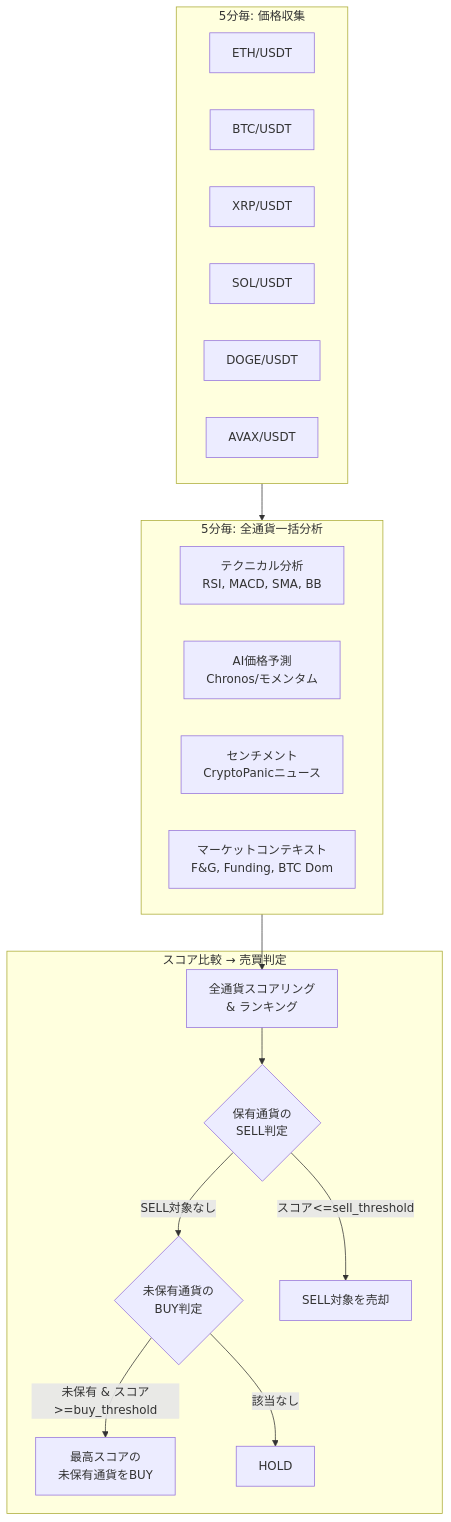
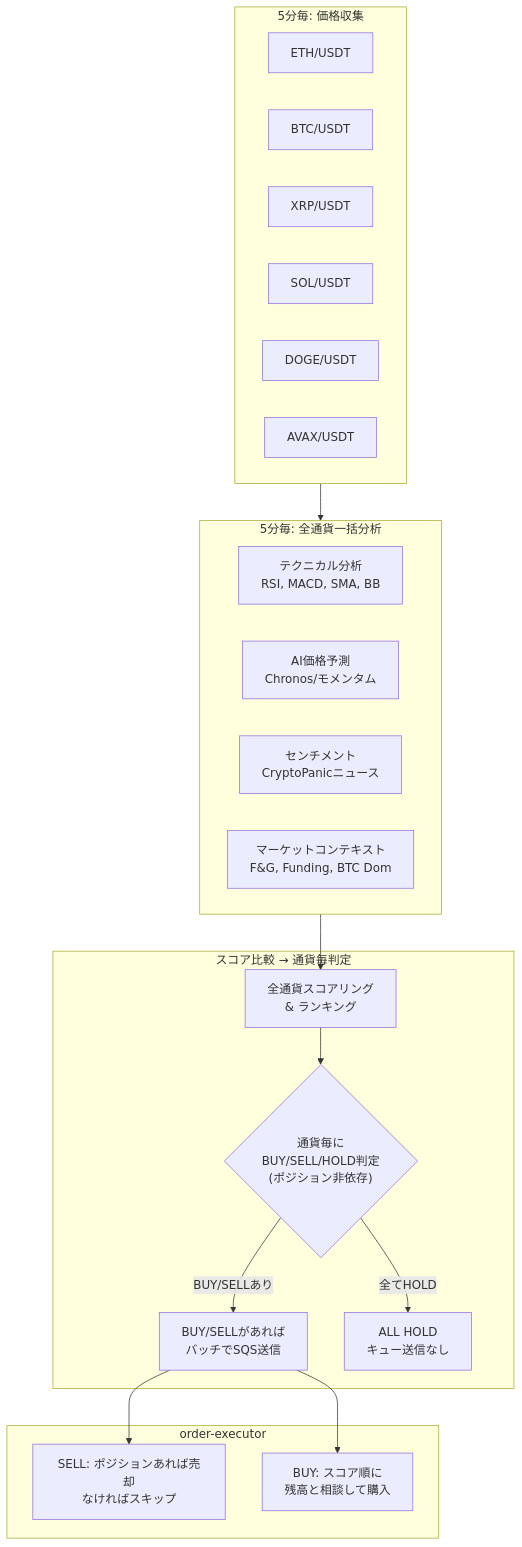
One commit to kiikun0530/crypto-trader changed the diagram in docs/trading-strategy.md. Above: the diagram before and after it, drawn with Mermaid. The commit also changed other lines of this file and 4 other files, not shown here.

First line of the commit message:
aggregator: per-currency BUY/SELL/HOLD judgment (position-independent) + batch SQS

````diff
--- a/docs/trading-strategy.md
+++ b/docs/trading-strategy.md
@@ -9,30 +9,33 @@
 ```mermaid
 flowchart TD
     subgraph 収集["5分毎: 価格収集"]
         P1["ETH/USDT"] & P2["BTC/USDT"] & P3["XRP/USDT"] & P4["SOL/USDT"] & P5["DOGE/USDT"] & P6["AVAX/USDT"]
     end
 
     subgraph 分析["5分毎: 全通貨一括分析"]
         A1["テクニカル分析<br/>RSI, MACD, SMA, BB"]
         A2["AI価格予測<br/>Chronos/モメンタム"]
         A3["センチメント<br/>CryptoPanicニュース"]
         A4["マーケットコンテキスト<br/>F&G, Funding, BTC Dom"]
     end
 
-    subgraph 判定["スコア比較 → 売買判定"]
+    subgraph 判定["スコア比較 → 通貨毎判定"]
         S["全通貨スコアリング<br/>& ランキング"]
-        SELL_CHK{"保有通貨の<br/>SELL判定"}
-        BUY_CHK{"未保有通貨の<br/>BUY判定"}
-        SELL["SELL対象を売却"]
-        BUY["最高スコアの<br/>未保有通貨をBUY"]
-        HOLD["HOLD"]
+        EACH{"通貨毎に<br/>BUY/SELL/HOLD判定<br/>(ポジション非依存)"}
+        QUEUE["BUY/SELLがあれば<br/>バッチでSQS送信"]
+        ALL_HOLD["ALL HOLD<br/>キュー送信なし"]
+    end
+
+    subgraph 実行["order-executor"]
+        SELL_EXEC["SELL: ポジションあれば売却<br/>なければスキップ"]
+        BUY_EXEC["BUY: スコア順に<br/>残高と相談して購入"]
     end
 
     収集 --> 分析
     分析 --> S
-    S --> SELL_CHK
-    SELL_CHK -->|"スコア<=sell_threshold"| SELL
-    SELL_CHK -->|"SELL対象なし"| BUY_CHK
-    BUY_CHK -->|"未保有 & スコア>=buy_threshold"| BUY
-    BUY_CHK -->|"該当なし"| HOLD
+    S --> EACH
+    EACH -->|"BUY/SELLあり"| QUEUE
+    EACH -->|"全てHOLD"| ALL_HOLD
+    QUEUE --> SELL_EXEC
+    QUEUE --> BUY_EXEC
 ```
````
